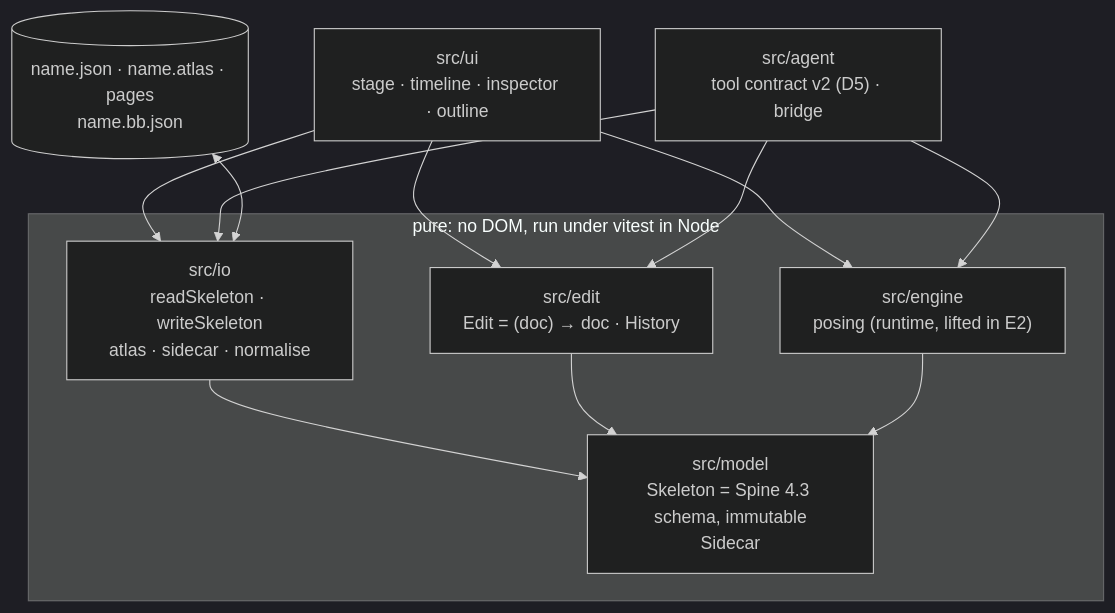
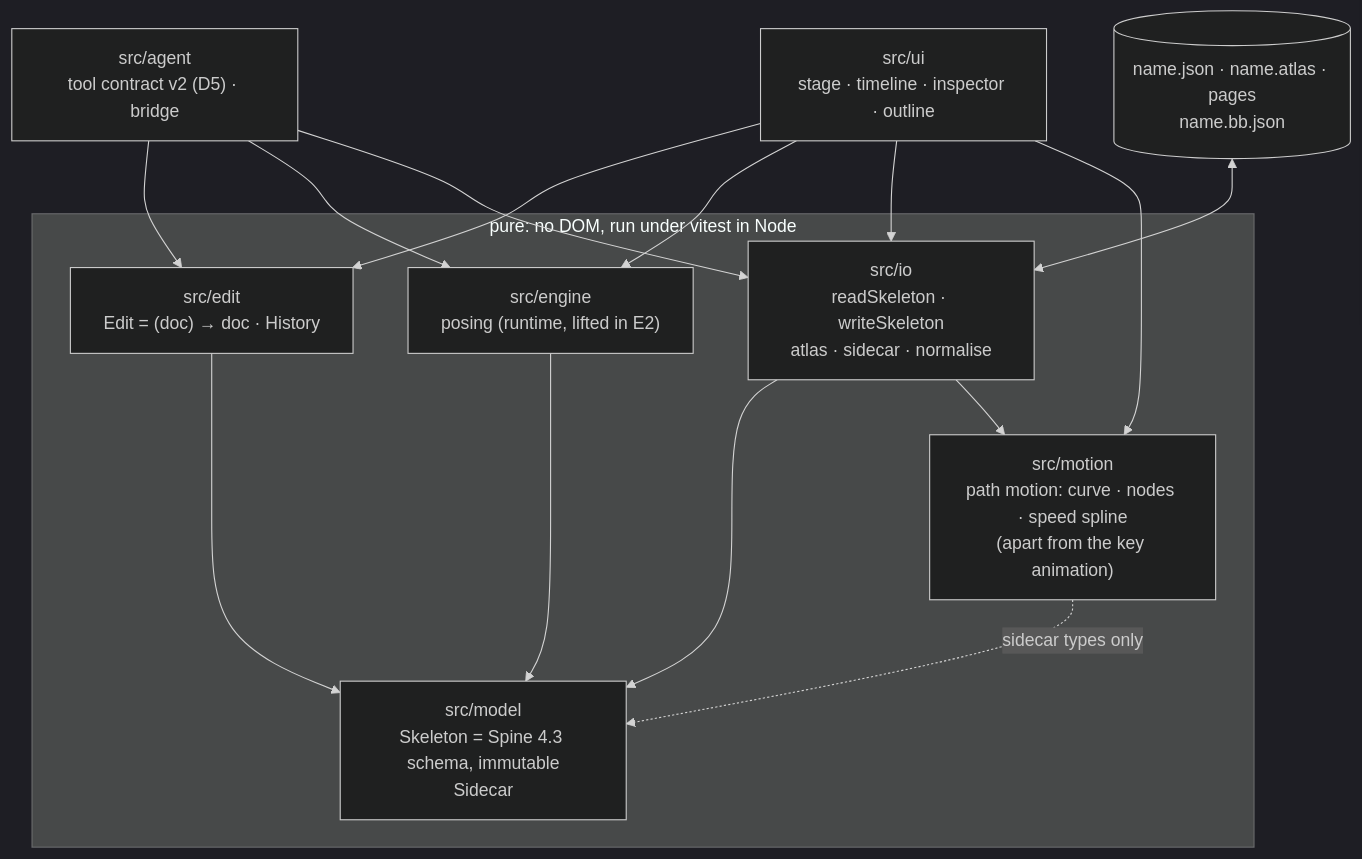
Before and after one commit to 12pnp/M0-Animation-2D: the diagram in Editor-BoneBurst-Src/docs/SPEC.md, drawn with Mermaid (dark theme). The commit also changed other lines of this file and 18 other files, not shown here.

Commit message:
BoneBurst Editor v2: path motion as its own pure module src/motion (two-systems plan, step 1) (Editor-BoneBurst-Src)

````diff
--- a/Editor-BoneBurst-Src/docs/SPEC.md
+++ b/Editor-BoneBurst-Src/docs/SPEC.md
@@ -14,17 +14,20 @@
 ```mermaid
 flowchart TB
     subgraph PURE["pure: no DOM, run under vitest in Node"]
         MODEL["src/model<br/>Skeleton = Spine 4.3 schema, immutable<br/>Sidecar"]
         EDIT["src/edit<br/>Edit = (doc) → doc · History"]
         IO["src/io<br/>readSkeleton · writeSkeleton<br/>atlas · sidecar · normalise"]
         ENGINE["src/engine<br/>posing (runtime, lifted in E2)"]
+        MOTION["src/motion<br/>path motion: curve · nodes · speed spline<br/>(apart from the key animation)"]
     end
     UI["src/ui<br/>stage · timeline · inspector · outline"]
     AGENT["src/agent<br/>tool contract v2 (D5) · bridge"]
     IO --> MODEL
     EDIT --> MODEL
     ENGINE --> MODEL
-    UI --> EDIT & ENGINE & IO
+    MOTION -.->|"sidecar types only"| MODEL
+    IO --> MOTION
+    UI --> EDIT & ENGINE & IO & MOTION
     AGENT --> EDIT & ENGINE & IO
     FILE[("name.json · name.atlas · pages<br/>name.bb.json")] <--> IO
 ```
````
